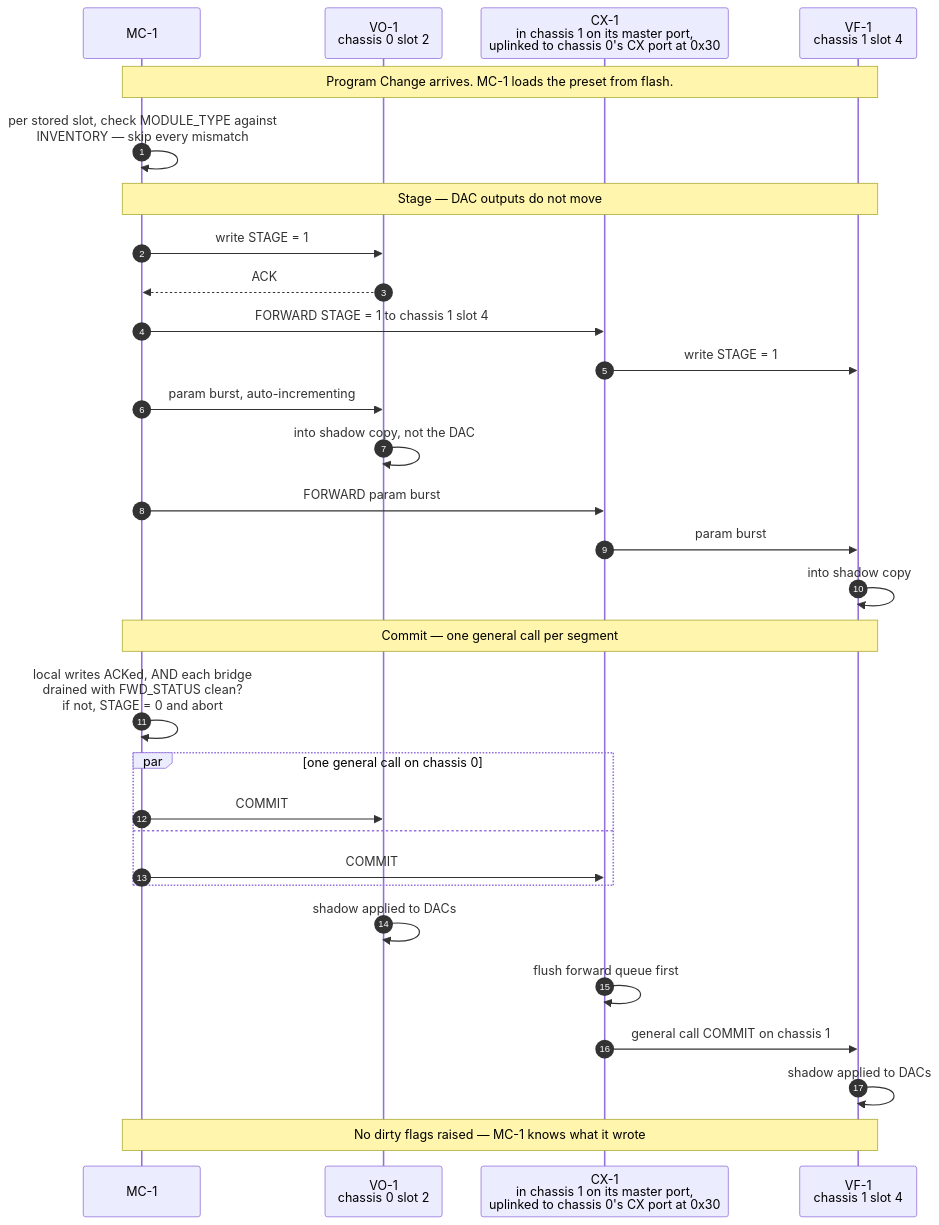
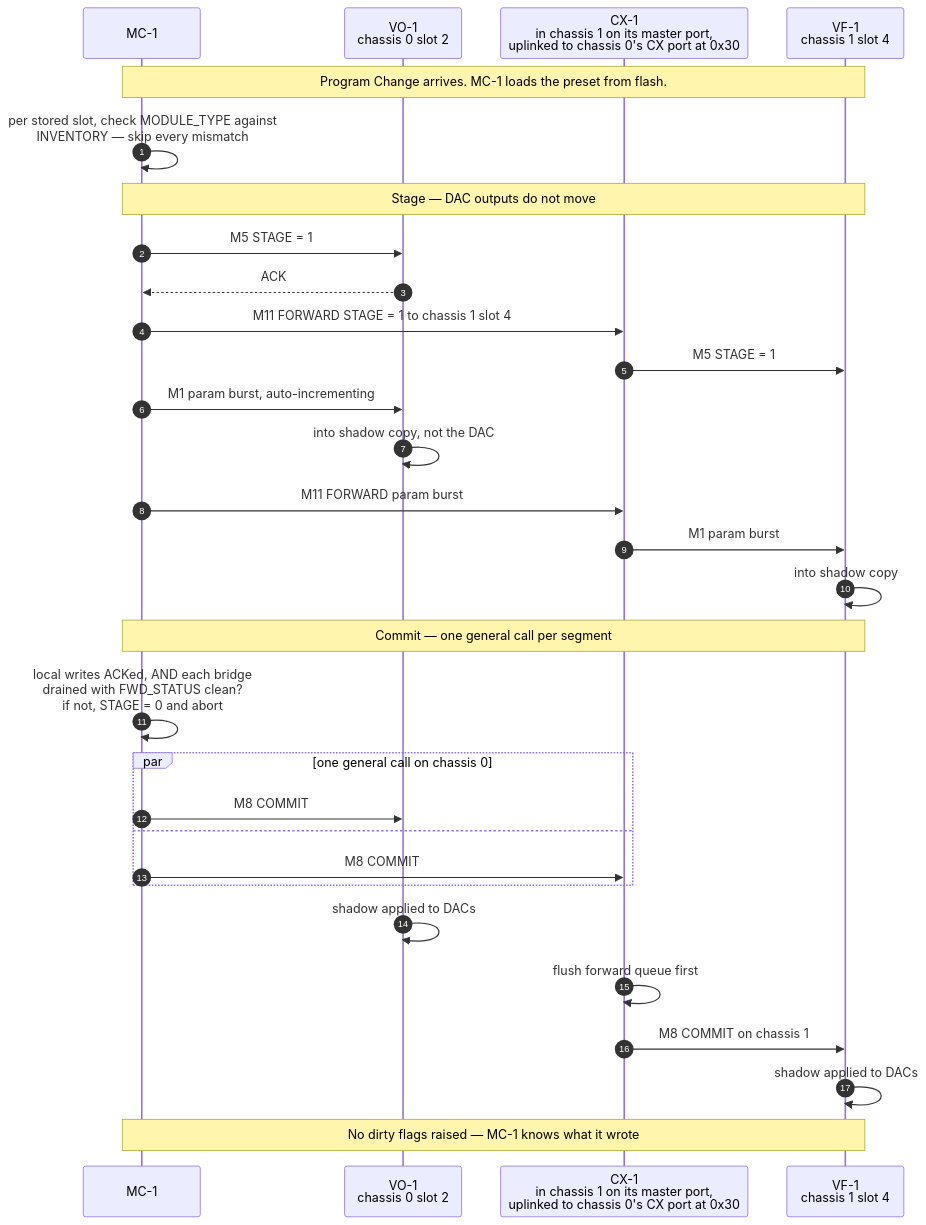
Before and after one commit to rvodden/fluxtron: the second of 3 diagrams in BUS.md, drawn with Mermaid. The commit also changed other lines of this file, not shown here.

````diff
--- a/BUS.md
+++ b/BUS.md
@@ -676,37 +602,37 @@
 ```mermaid
 sequenceDiagram
     autonumber
     participant MC1 as MC-1
     participant VO1 as VO-1<br/>chassis 0 slot 2
     participant CX1 as CX-1<br/>in chassis 1 on its master port,<br/>uplinked to chassis 0's CX port at 0x30
     participant VF1 as VF-1<br/>chassis 1 slot 4
 
     Note over MC1,VF1: Program Change arrives. MC-1 loads the preset from flash.
     MC1->>MC1: per stored slot, check MODULE_TYPE against<br/>INVENTORY — skip every mismatch
 
     Note over MC1,VF1: Stage — DAC outputs do not move
-    MC1->>VO1: write STAGE = 1
+    MC1->>VO1: M5 STAGE = 1
     VO1-->>MC1: ACK
-    MC1->>CX1: FORWARD STAGE = 1 to chassis 1 slot 4
-    CX1->>VF1: write STAGE = 1
-    MC1->>VO1: param burst, auto-incrementing
+    MC1->>CX1: M11 FORWARD STAGE = 1 to chassis 1 slot 4
+    CX1->>VF1: M5 STAGE = 1
+    MC1->>VO1: M1 param burst, auto-incrementing
     VO1->>VO1: into shadow copy, not the DAC
-    MC1->>CX1: FORWARD param burst
-    CX1->>VF1: param burst
+    MC1->>CX1: M11 FORWARD param burst
+    CX1->>VF1: M1 param burst
     VF1->>VF1: into shadow copy
 
     Note over MC1,VF1: Commit — one general call per segment
     MC1->>MC1: local writes ACKed, AND each bridge<br/>drained with FWD_STATUS clean?<br/>if not, STAGE = 0 and abort
 
     par one general call on chassis 0
-        MC1->>VO1: COMMIT
+        MC1->>VO1: M8 COMMIT
     and
-        MC1->>CX1: COMMIT
+        MC1->>CX1: M8 COMMIT
     end
 
     VO1->>VO1: shadow applied to DACs
     CX1->>CX1: flush forward queue first
-    CX1->>VF1: general call COMMIT on chassis 1
+    CX1->>VF1: M8 COMMIT on chassis 1
     VF1->>VF1: shadow applied to DACs
     Note over MC1,VF1: No dirty flags raised — MC-1 knows what it wrote
 ```
````
